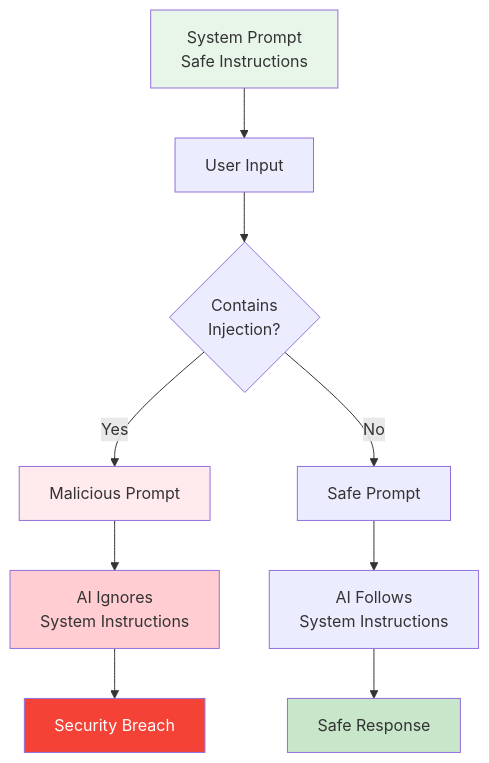
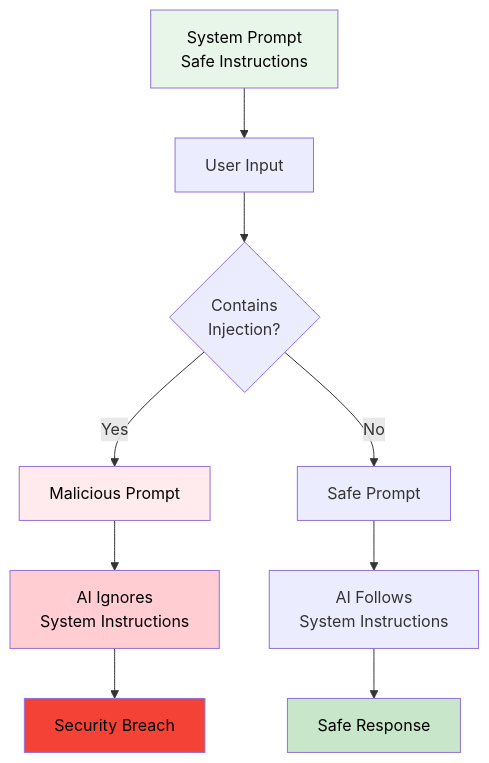
The second of 3 diagrams in docs/session_1/6_ai_basics_security.md (iNavLabsResearch/ai_starter), drawn with Mermaid before and after one commit. The commit also changed other lines of this file and 8 other files, not shown here.

First line of the commit message:
Fix Mermaid diagram text visibility - set all text to black

````diff
--- a/docs/session_1/6_ai_basics_security.md
+++ b/docs/session_1/6_ai_basics_security.md
@@ -110,17 +110,17 @@
 ```mermaid
 graph TD
     A[System Prompt<br/>Safe Instructions] --> B[User Input]
     B --> C{Contains<br/>Injection?}
     C -->|Yes| D[Malicious Prompt]
     C -->|No| E[Safe Prompt]
     D --> F[AI Ignores<br/>System Instructions]
     E --> G[AI Follows<br/>System Instructions]
     F --> H[Security Breach]
     G --> I[Safe Response]
     
-    style A fill:#e8f5e9
-    style D fill:#ffebee
-    style F fill:#ffcdd2
-    style H fill:#f44336,color:#fff
-    style I fill:#c8e6c9
+    style A fill:#e8f5e9,color:#000000
+    style D fill:#ffebee,color:#000000
+    style F fill:#ffcdd2,color:#000000
+    style H fill:#f44336,color:#000000
+    style I fill:#c8e6c9,color:#000000
 ```
````
